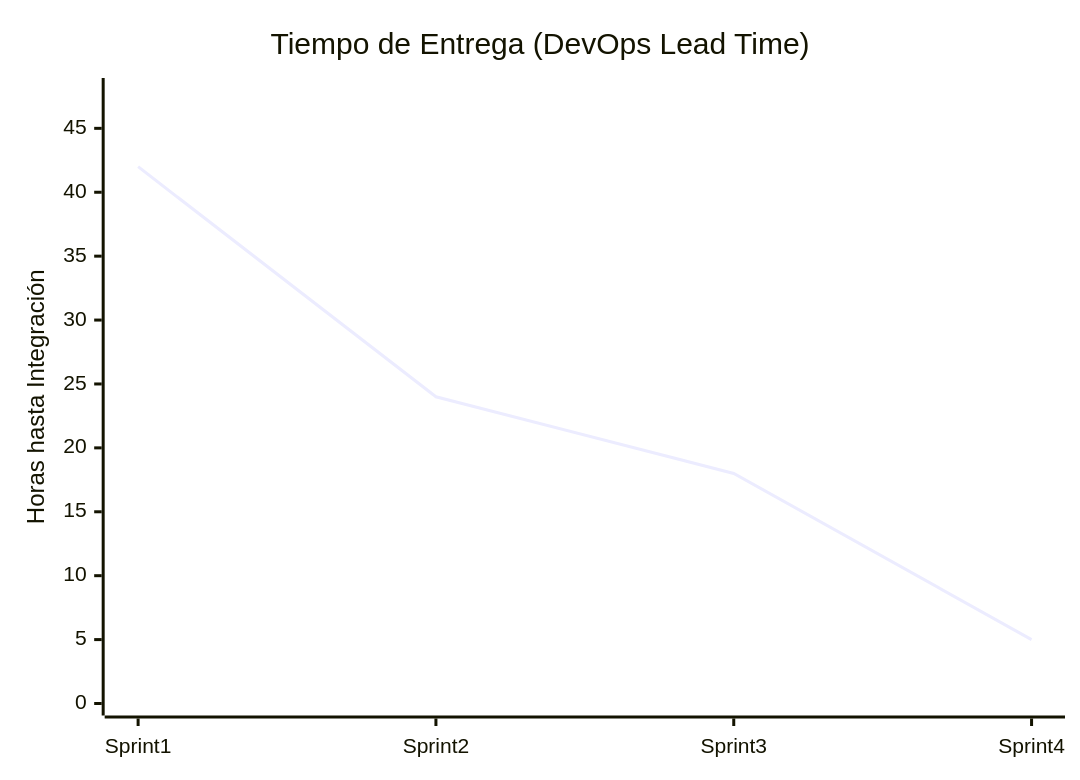
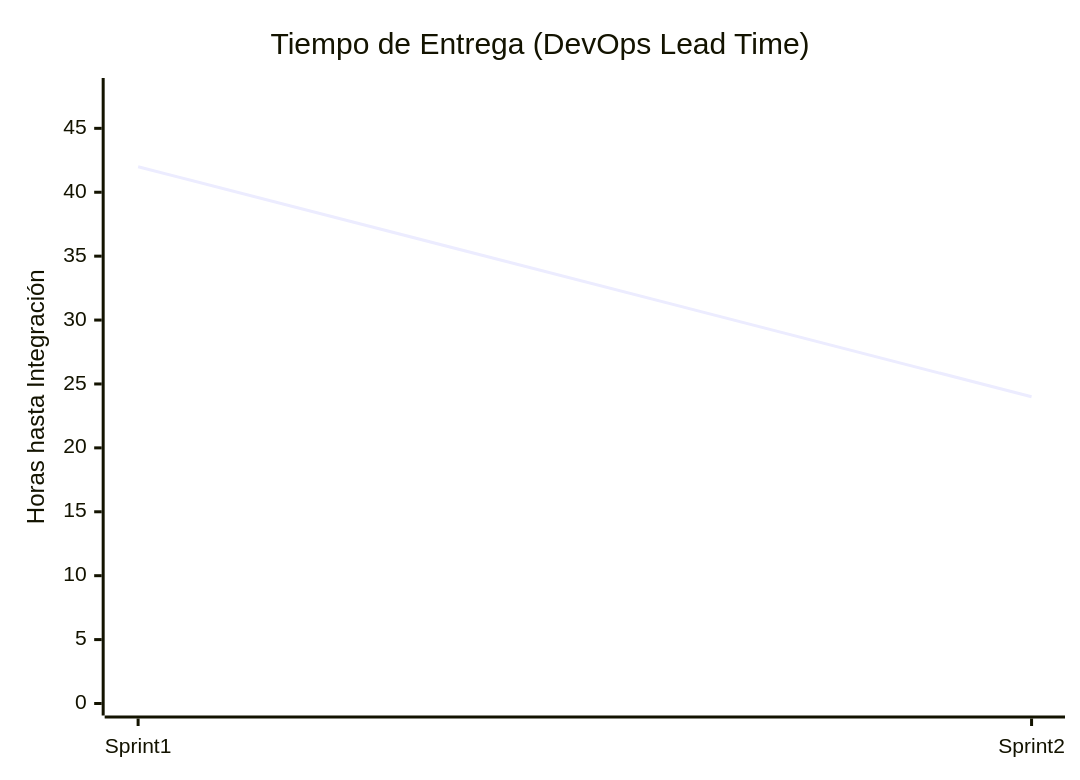
One commit to CrhissJMC/TodoPoderoso-TMS changed the eighth of 9 diagrams in KPIS_POR_INCREMENTO.md. Above: the diagram before and after it, drawn with Mermaid. The commit also changed other lines of this file, not shown here.

Commit message:
docs: adjust charts to display 2 sprints instead of 4

````diff
--- a/KPIS_POR_INCREMENTO.md
+++ b/KPIS_POR_INCREMENTO.md
@@ -150,7 +150,7 @@
   ```mermaid
   xychart-beta
       title "Tiempo de Entrega (DevOps Lead Time)"
-      x-axis [Sprint 1, Sprint 2, Sprint 3, Sprint 4]
+      x-axis [Sprint 1, Sprint 2]
       y-axis "Horas hasta Integración" 0 --> 48
-      line [42, 24, 18, 5]
+      line [42, 24]
   ```
````
